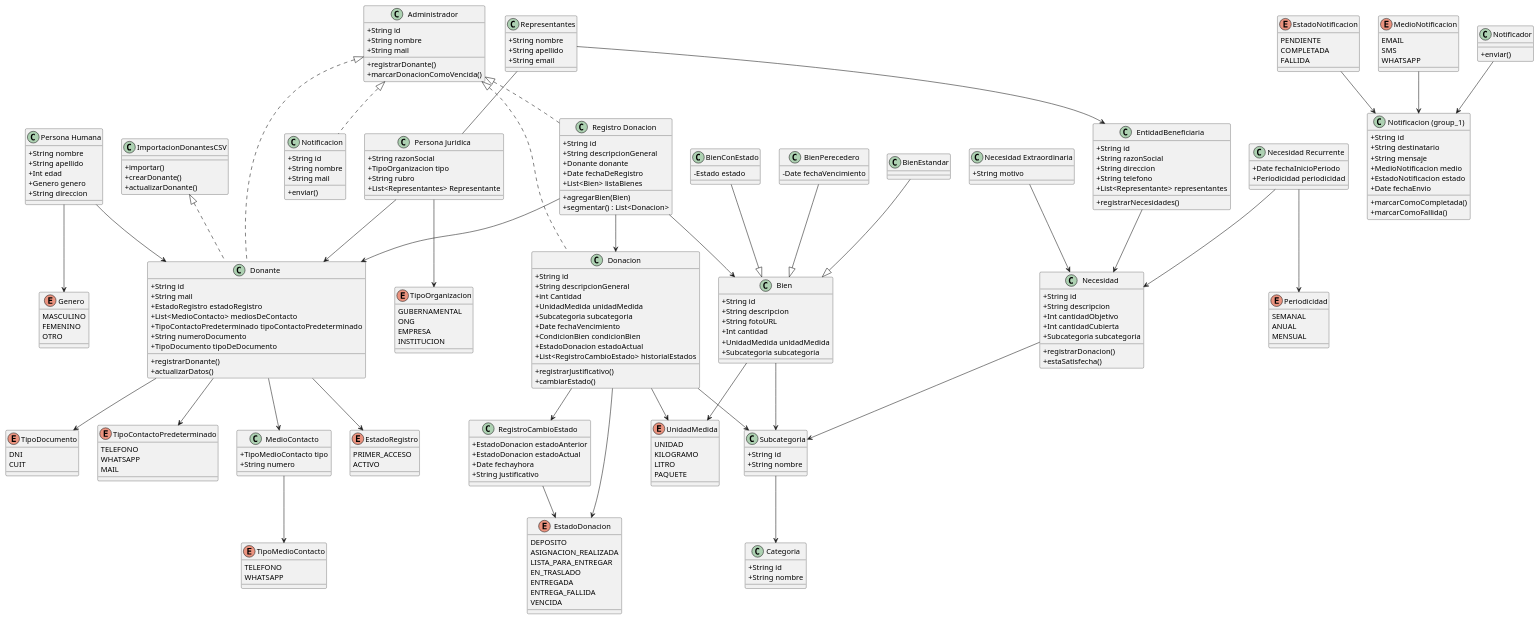
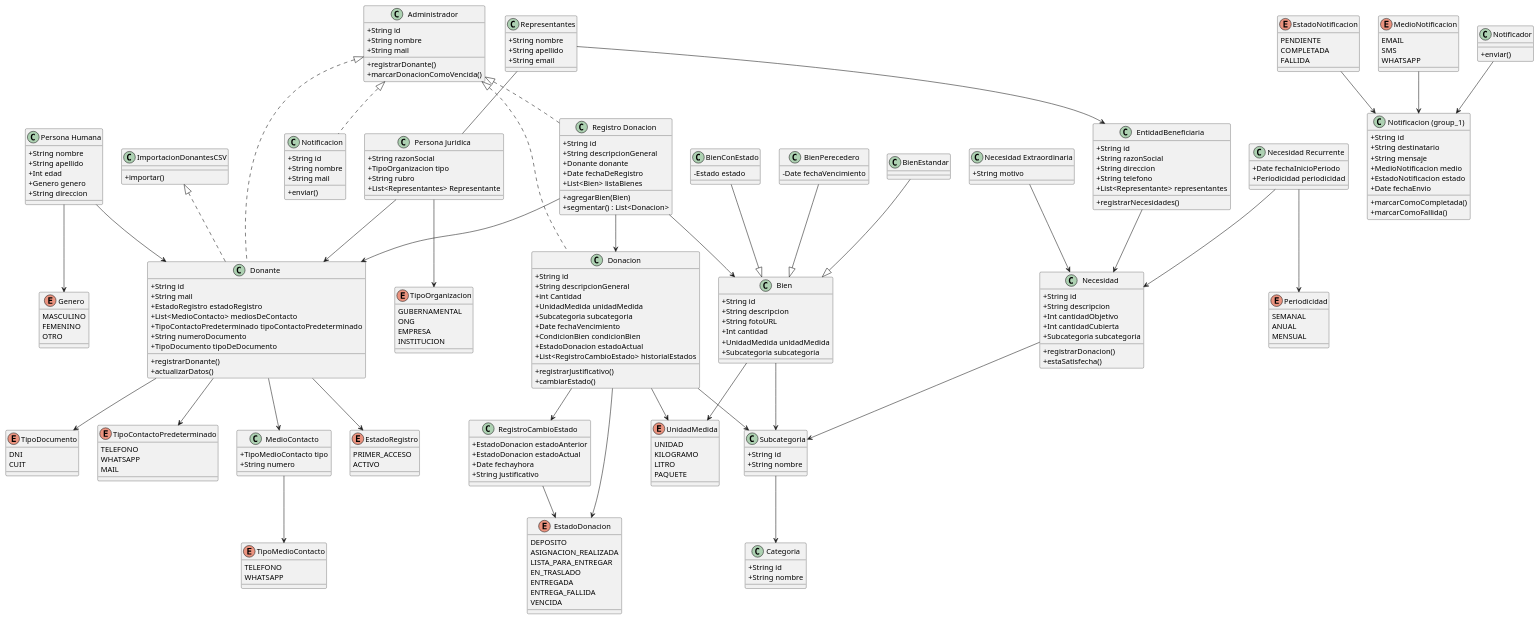
One commit to MileSantinoni/TPA_DonaTrack_Grupo11 changed the diagram in diagramaDeClases.puml. Above: the diagram before and after it, drawn with PlantUML. The commit also changed 4 other files, not shown here.

```diff
--- a/diagramaDeClases.puml
+++ b/diagramaDeClases.puml
@@ -131,8 +131,6 @@
 
 class ImportacionDonantesCSV {
   +importar()
-  +crearDonante()
-  +actualizarDonante()
 }
 
 class Categoria {
```
